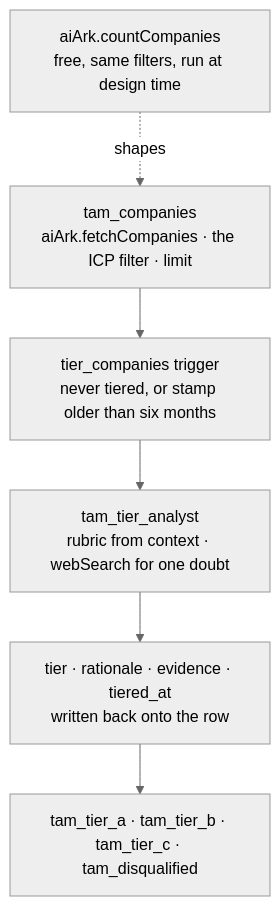
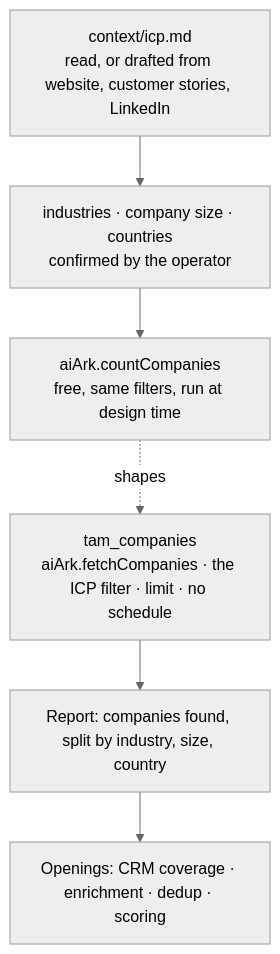
One commit to getcargohq/gtm-skills changed the diagram in tam-building/README.md. Above: the diagram before and after it, drawn with Mermaid (neutral theme). The commit also changed other lines of this file and 19 other files, not shown here.

First line of the commit message:
refactor: atomic TAM sourcing from the ICP (#41)

````diff
--- a/tam-building/README.md
+++ b/tam-building/README.md
@@ -26,12 +30,13 @@
 ```mermaid
 flowchart TD
+    icp["context/icp.md<br/>read, or drafted from website, customer stories, LinkedIn"]
+    minimum["industries · company size · countries<br/>confirmed by the operator"]
     count["aiArk.countCompanies<br/>free, same filters, run at design time"]
-    model["tam_companies<br/>aiArk.fetchCompanies · the ICP filter · limit"]
-    trigger["tier_companies trigger<br/>never tiered, or stamp older than six months"]
-    agent["tam_tier_analyst<br/>rubric from context · webSearch for one doubt"]
-    write["tier · rationale · evidence · tiered_at<br/>written back onto the row"]
-    segments["tam_tier_a · tam_tier_b · tam_tier_c · tam_disqualified"]
+    tam["tam_companies<br/>aiArk.fetchCompanies · the ICP filter · limit · no schedule"]
+    report["Report: companies found, split by industry, size, country"]
+    next["Openings: CRM coverage · enrichment · dedup · scoring"]
 
-    count -.->|"shapes"| model
-    model --> trigger --> agent --> write --> segments
+    icp --> minimum --> count
+    count -.->|"shapes"| tam
+    tam --> report --> next
 ```
````
